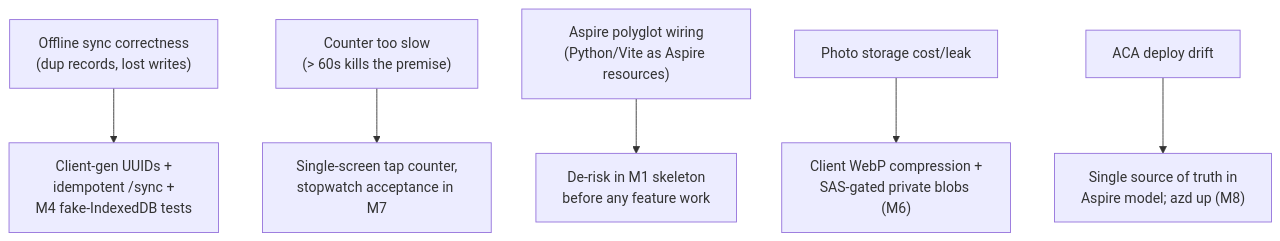
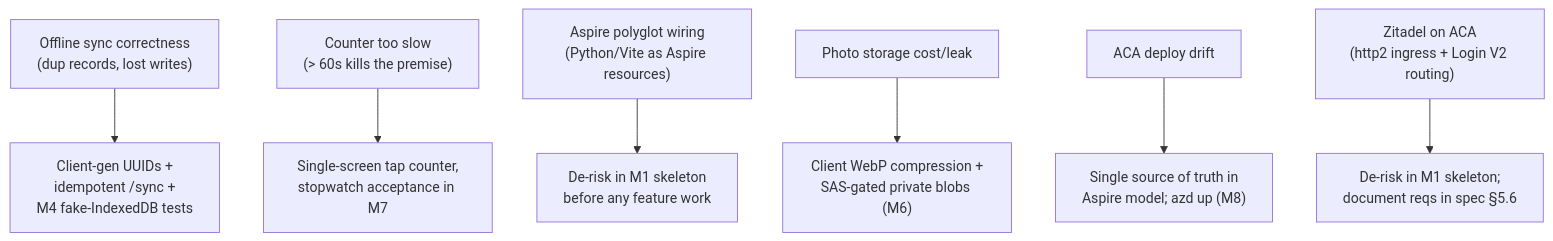
One commit to quennethks/clothesline changed the second of 2 diagrams in specs/01-mvp/implementation-plan.md. Above: the diagram before and after it, drawn with Mermaid. The commit also changed other lines of this file and 2 other files, not shown here.

First line of the commit message:
Revise MVP spec/plan for Zitadel identity, clothesline_db, two ACA envs

````diff
--- a/specs/01-mvp/implementation-plan.md
+++ b/specs/01-mvp/implementation-plan.md
@@ -209,8 +211,9 @@
 ```mermaid
 flowchart TB
     r1["Offline sync correctness<br/>(dup records, lost writes)"] --> m1["Client-gen UUIDs +<br/>idempotent /sync +<br/>M4 fake-IndexedDB tests"]
     r2["Counter too slow<br/>(&gt; 60s kills the premise)"] --> m2["Single-screen tap counter,<br/>stopwatch acceptance in M7"]
     r3["Aspire polyglot wiring<br/>(Python/Vite as Aspire resources)"] --> m3["De-risk in M1 skeleton<br/>before any feature work"]
     r4["Photo storage cost/leak"] --> m4["Client WebP compression +<br/>SAS-gated private blobs (M6)"]
     r5["ACA deploy drift"] --> m5["Single source of truth in<br/>Aspire model; azd up (M8)"]
+    r6["Zitadel on ACA<br/>(http2 ingress + Login V2 routing)"] --> m6["De-risk in M1 skeleton;<br/>document reqs in spec §5.6"]
 ```
````
